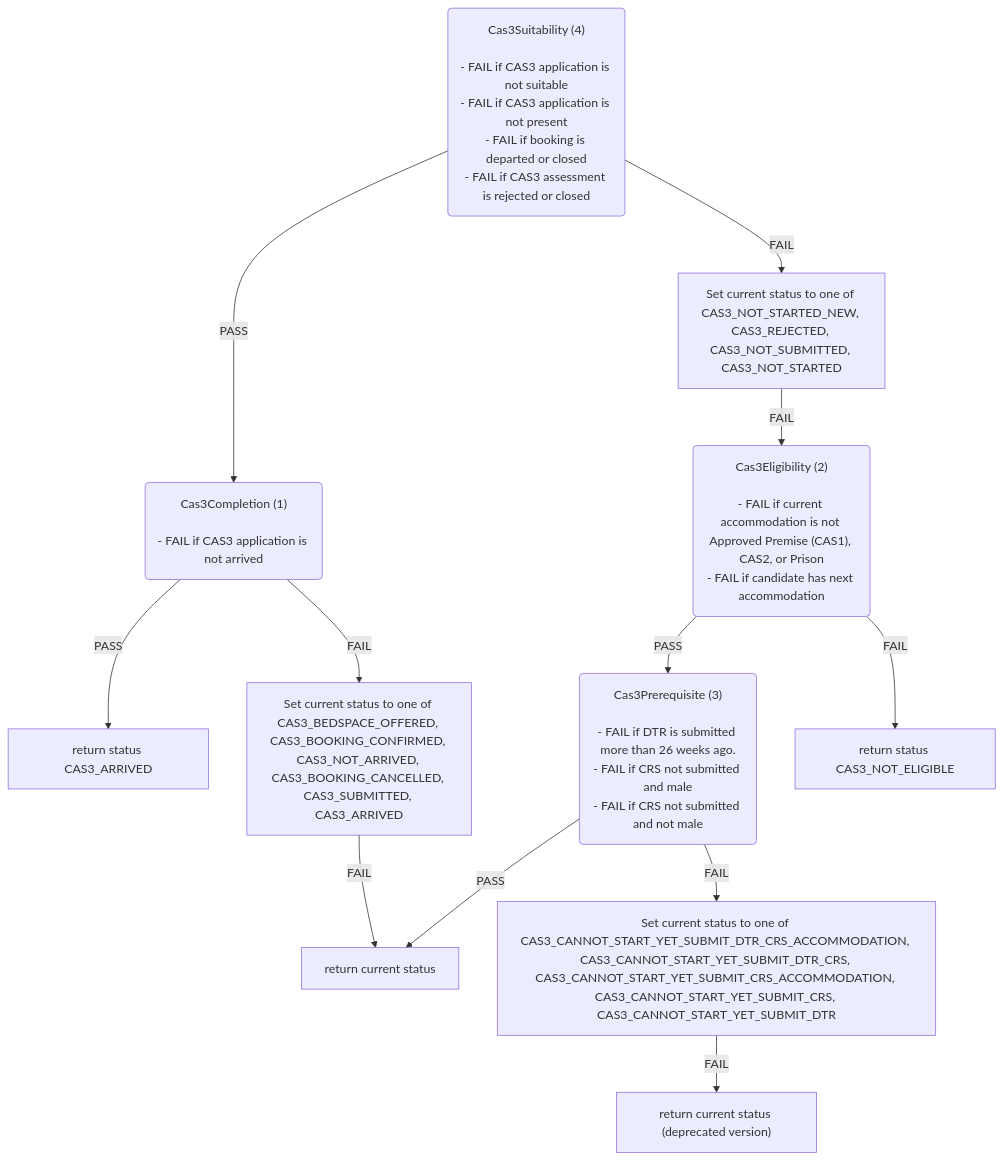
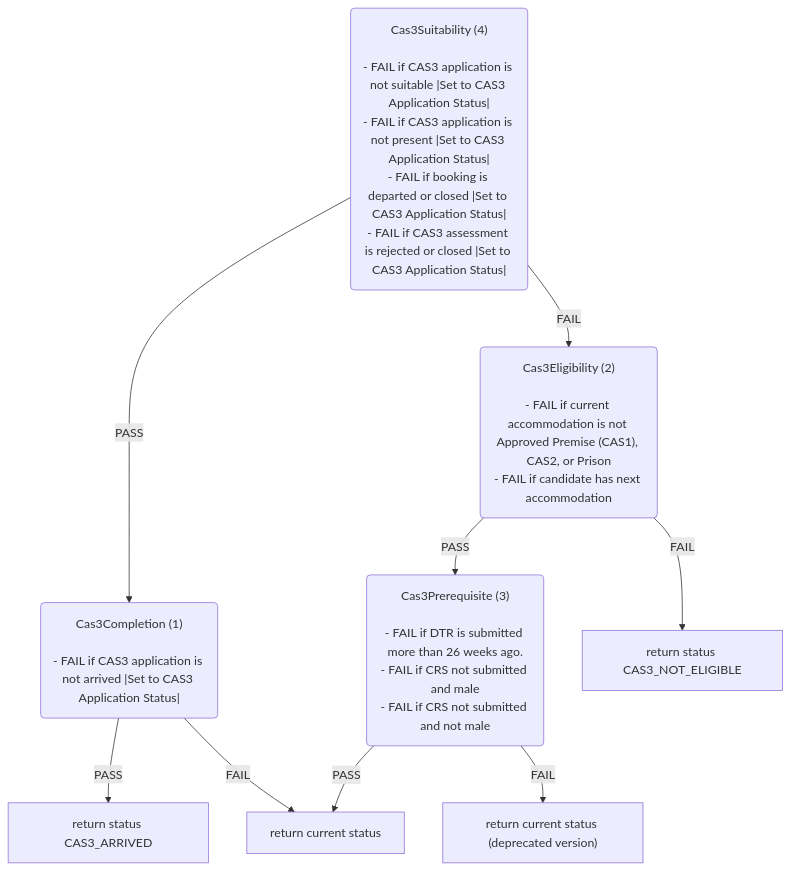
One commit to ministryofjustice/hmpps-single-accommodation-service-api changed the third of 6 diagrams in docs/eligibility-rules-graph.md. Above: the diagram before and after it, drawn with Mermaid. The commit also changed other lines of this file and 12 other files, not shown here.

Commit message:
1. Remove ContextUpdater node 2. Add status to the Ruleset Node |status| 3. If status is sourced form the upstream app "Set to CAS2 Application Status"

````diff
--- a/docs/eligibility-rules-graph.md
+++ b/docs/eligibility-rules-graph.md
@@ -218,39 +194,33 @@
 ```mermaid
 flowchart TD
   Cas3Suitability("Cas3Suitability (4)
 
-- FAIL if CAS3 application is not suitable
-- FAIL if CAS3 application is not present
-- FAIL if booking is departed or closed
-- FAIL if CAS3 assessment is rejected or closed")
+- FAIL if CAS3 application is not suitable |Set to CAS3 Application Status|
+- FAIL if CAS3 application is not present |Set to CAS3 Application Status|
+- FAIL if booking is departed or closed |Set to CAS3 Application Status|
+- FAIL if CAS3 assessment is rejected or closed |Set to CAS3 Application Status|")
   Cas3Completion("Cas3Completion (1)
 
-- FAIL if CAS3 application is not arrived")
+- FAIL if CAS3 application is not arrived |Set to CAS3 Application Status|")
   return_status_CAS3_ARRIVED["return status CAS3_ARRIVED"]
-  Set_current_status_to_one_of_CAS3_BEDSPACE_OFFERED__CAS3_BOOKING_CONFIRMED__CAS3_NOT_ARRIVED__CAS3_BOOKING_CANCELLED__CAS3_SUBMITTED__CAS3_ARRIVED["Set current status to one of CAS3_BEDSPACE_OFFERED, CAS3_BOOKING_CONFIRMED, CAS3_NOT_ARRIVED, CAS3_BOOKING_CANCELLED, CAS3_SUBMITTED, CAS3_ARRIVED"]
   return_current_status["return current status"]
-  Set_current_status_to_one_of_CAS3_NOT_STARTED_NEW__CAS3_REJECTED__CAS3_NOT_SUBMITTED__CAS3_NOT_STARTED["Set current status to one of CAS3_NOT_STARTED_NEW, CAS3_REJECTED, CAS3_NOT_SUBMITTED, CAS3_NOT_STARTED"]
   Cas3Eligibility("Cas3Eligibility (2)
 
 - FAIL if current accommodation is not Approved Premise (CAS1), CAS2, or Prison
 - FAIL if candidate has next accommodation")
   Cas3Prerequisite("Cas3Prerequisite (3)
 
 - FAIL if DTR is submitted more than 26 weeks ago.
 - FAIL if CRS not submitted and male
 - FAIL if CRS not submitted and not male")
-  Set_current_status_to_one_of_CAS3_CANNOT_START_YET_SUBMIT_DTR_CRS_ACCOMMODATION__CAS3_CANNOT_START_YET_SUBMIT_DTR_CRS__CAS3_CANNOT_START_YET_SUBMIT_CRS_ACCOMMODATION__CAS3_CANNOT_START_YET_SUBMIT_CRS__CAS3_CANNOT_START_YET_SUBMIT_DTR["Set current status to one of CAS3_CANNOT_START_YET_SUBMIT_DTR_CRS_ACCOMMODATION, CAS3_CANNOT_START_YET_SUBMIT_DTR_CRS, CAS3_CANNOT_START_YET_SUBMIT_CRS_ACCOMMODATION, CAS3_CANNOT_START_YET_SUBMIT_CRS, CAS3_CANNOT_START_YET_SUBMIT_DTR"]
   return_current_status__deprecated_version_["return current status (deprecated version)"]
   return_status_CAS3_NOT_ELIGIBLE["return status CAS3_NOT_ELIGIBLE"]
   Cas3Completion -->|PASS| return_status_CAS3_ARRIVED
-  Cas3Completion -->|FAIL| Set_current_status_to_one_of_CAS3_BEDSPACE_OFFERED__CAS3_BOOKING_CONFIRMED__CAS3_NOT_ARRIVED__CAS3_BOOKING_CANCELLED__CAS3_SUBMITTED__CAS3_ARRIVED
-  Set_current_status_to_one_of_CAS3_BEDSPACE_OFFERED__CAS3_BOOKING_CONFIRMED__CAS3_NOT_ARRIVED__CAS3_BOOKING_CANCELLED__CAS3_SUBMITTED__CAS3_ARRIVED -->|FAIL| return_current_status
+  Cas3Completion -->|FAIL| return_current_status
   Cas3Suitability -->|PASS| Cas3Completion
-  Cas3Suitability -->|FAIL| Set_current_status_to_one_of_CAS3_NOT_STARTED_NEW__CAS3_REJECTED__CAS3_NOT_SUBMITTED__CAS3_NOT_STARTED
   Cas3Prerequisite -->|PASS| return_current_status
-  Cas3Prerequisite -->|FAIL| Set_current_status_to_one_of_CAS3_CANNOT_START_YET_SUBMIT_DTR_CRS_ACCOMMODATION__CAS3_CANNOT_START_YET_SUBMIT_DTR_CRS__CAS3_CANNOT_START_YET_SUBMIT_CRS_ACCOMMODATION__CAS3_CANNOT_START_YET_SUBMIT_CRS__CAS3_CANNOT_START_YET_SUBMIT_DTR
-  Set_current_status_to_one_of_CAS3_CANNOT_START_YET_SUBMIT_DTR_CRS_ACCOMMODATION__CAS3_CANNOT_START_YET_SUBMIT_DTR_CRS__CAS3_CANNOT_START_YET_SUBMIT_CRS_ACCOMMODATION__CAS3_CANNOT_START_YET_SUBMIT_CRS__CAS3_CANNOT_START_YET_SUBMIT_DTR -->|FAIL| return_current_status__deprecated_version_
+  Cas3Prerequisite -->|FAIL| return_current_status__deprecated_version_
   Cas3Eligibility -->|PASS| Cas3Prerequisite
   Cas3Eligibility -->|FAIL| return_status_CAS3_NOT_ELIGIBLE
-  Set_current_status_to_one_of_CAS3_NOT_STARTED_NEW__CAS3_REJECTED__CAS3_NOT_SUBMITTED__CAS3_NOT_STARTED -->|FAIL| Cas3Eligibility
+  Cas3Suitability -->|FAIL| Cas3Eligibility
 ```
````
